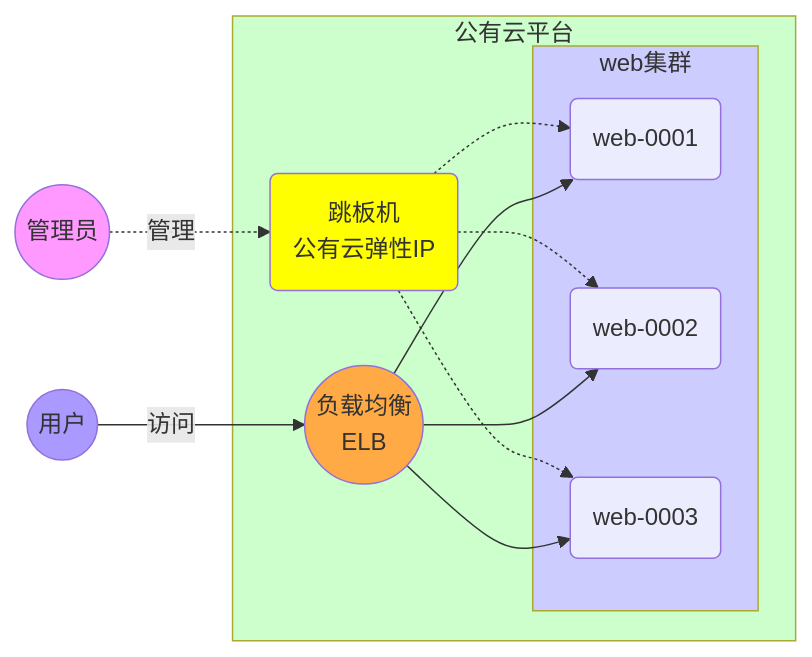
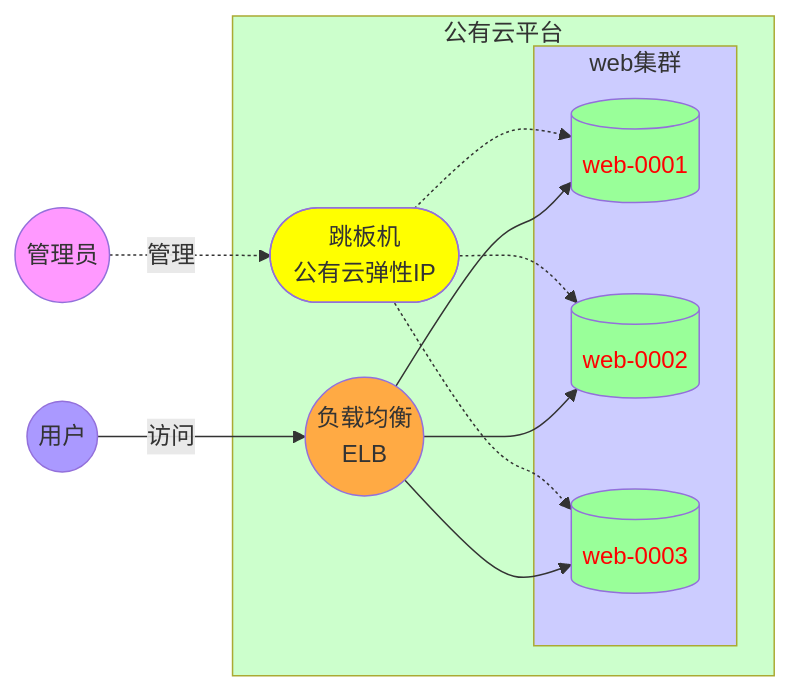
One commit to byy1679/cloud changed the second of 2 diagrams in CLOUD/03/cloud.md. Above: the diagram before and after it, drawn with Mermaid. The commit also changed other lines of this file and 6 other files, not shown here.

````diff
--- a/CLOUD/03/cloud.md
+++ b/CLOUD/03/cloud.md
@@ -93,26 +91,20 @@
 ```mermaid
 graph LR
   subgraph L1[公有云平台]
   style L1 fill:#ccffcc
-    P(跳板机<br>公有云弹性IP)
-    style P fill:#ffff00
     subgraph web集群
       style web集群 fill:#ccccff
-      A1(web-0001)
-      A2(web-0002)
-      A3(web-0003)
+      A1[(web-0001)];A2[(web-0002)];A3[(web-0003)]
     end
-    P -.-> A1
-    P -.-> A2
-    P -.-> A3
-    L((负载均衡<br>ELB))
+    P([跳板机<br>公有云弹性IP]) -.-> A1 & A2 & A3
+    style P fill:#ffff00
+    L((负载均衡<br>ELB)) --> A1 & A2 & A3
     style L fill:#ffaa44
-    L --> A1
-    L --> A2
-    L --> A3
   end
 U1((管理员)) -.->|管理| P
 U2((用户)) -->|访问| L
 style U1 fill:#ff99ff
 style U2 fill:#aa99ff
+classDef VM color:#ff0000,fill:#99ff99
+class A1,A2,A3 VM
 ```
````
